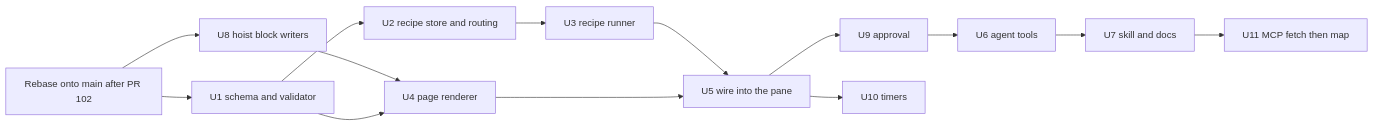
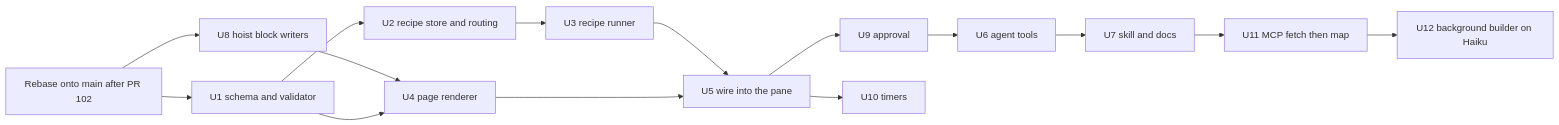
The fourth of 4 diagrams in docs/plans/2026-10-12-1640-feat-peek-page-vocabulary-plan.md (shawnroos/shrimpshack), drawn with Mermaid before and after one commit. The commit also changed other lines of this file, not shown here.

Commit message:
docs(peek): plan a background recipe builder agent on Haiku

````diff
--- a/docs/plans/2026-10-12-1640-feat-peek-page-vocabulary-plan.md
+++ b/docs/plans/2026-10-12-1640-feat-peek-page-vocabulary-plan.md
@@ -317,16 +317,17 @@
 ```mermaid
 flowchart LR
   RB[Rebase onto main after PR 102] --> U8[U8 hoist block writers]
   RB --> U1[U1 schema and validator]
   U1 --> U2[U2 recipe store and routing]
   U2 --> U3[U3 recipe runner]
   U8 --> U4[U4 page renderer]
   U1 --> U4
   U3 --> U5[U5 wire into the pane]
   U4 --> U5
   U5 --> U9[U9 approval]
   U5 --> U10[U10 timers]
   U9 --> U6[U6 agent tools]
   U6 --> U7[U7 skill and docs]
   U7 --> U11[U11 MCP fetch then map]
+  U11 --> U12[U12 background builder on Haiku]
 ```
````
